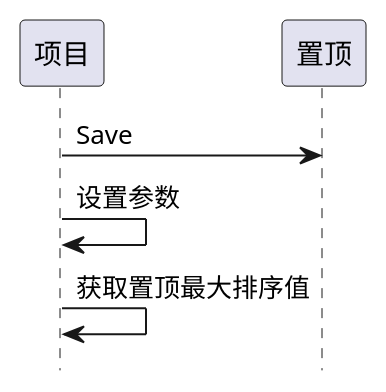
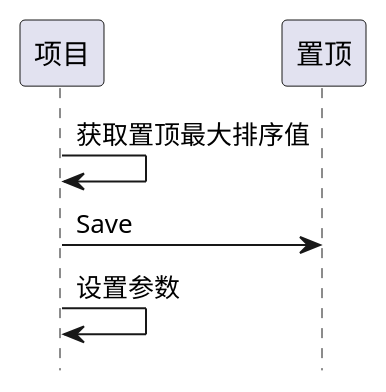
The seventh of 8 diagrams in ibizpms-docs/src/main/doc/v1/module/zentao/Project_old.md (goblinln/iBizPMS), drawn with PlantUML before and after one commit. The commit also changed other lines of this file and 230 other files, not shown here.

```diff
--- a/ibizpms-docs/src/main/doc/v1/module/zentao/Project_old.md
+++ b/ibizpms-docs/src/main/doc/v1/module/zentao/Project_old.md
@@ -388,7 +388,7 @@
 {% plantuml %}
 hide footbox
 
+项目 -> 项目: 获取置顶最大排序值
 项目 -> 置顶: Save
 项目 -> 项目: 设置参数
-项目 -> 项目: 获取置顶最大排序值
 {% endplantuml %}
```
